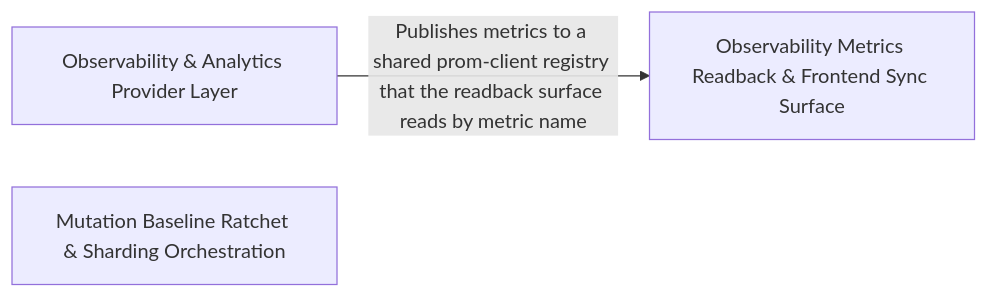
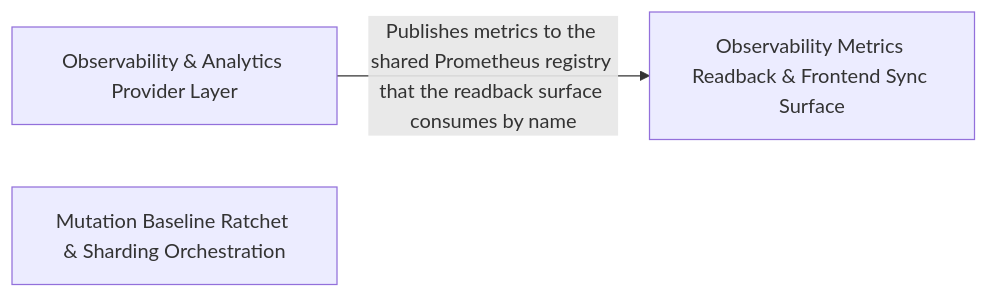
The diagram in .2brain/arch/Mutation_Sharding_Baselining_Reaping_Ops.md (Guebbit/boilerplate-node-backend), drawn with Mermaid before and after one commit. The commit also changed other lines of this file and 627 other files, not shown here.

````diff
--- a/.2brain/arch/Mutation_Sharding_Baselining_Reaping_Ops.md
+++ b/.2brain/arch/Mutation_Sharding_Baselining_Reaping_Ops.md
@@ -10,7 +10,7 @@
 ```mermaid
 graph LR
     Observability_Analytics_Provider_Layer["Observability & Analytics Provider Layer"]
     Observability_Metrics_Readback_Frontend_Sync_Surface["Observability Metrics Readback & Frontend Sync Surface"]
     Mutation_Baseline_Ratchet_Sharding_Orchestration["Mutation Baseline Ratchet & Sharding Orchestration"]
-    Observability_Analytics_Provider_Layer -- "Publishes metrics to a shared prom-client registry that the readback surface reads by metric name" --> Observability_Metrics_Readback_Frontend_Sync_Surface
+    Observability_Analytics_Provider_Layer -- "Publishes metrics to the shared Prometheus registry that the readback surface consumes by name" --> Observability_Metrics_Readback_Frontend_Sync_Surface
 ```
````
